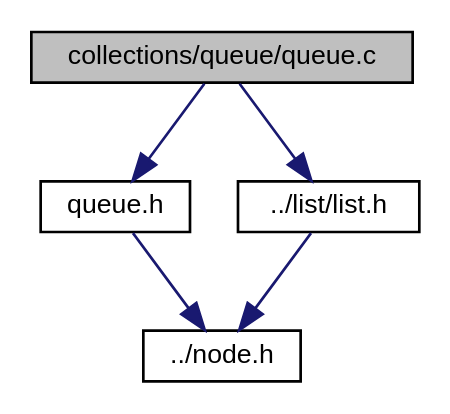
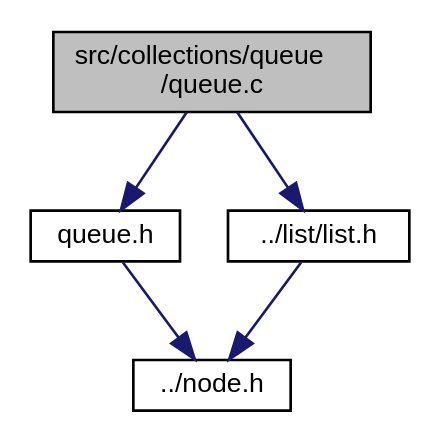
One commit to N1ghtF1re/C-Collections changed the diagram in docs/docspages/queue_8c__incl.dot. Above: the diagram before and after it, drawn with Graphviz. The commit also changed 174 other files, not shown here.

```diff
--- a/docs/docspages/queue_8c__incl.dot
+++ b/docs/docspages/queue_8c__incl.dot
@@ -1,13 +1,13 @@
-digraph "collections/queue/queue.c"
+digraph "src/collections/queue/queue.c"
 {
   edge [fontname="Helvetica",fontsize="10",labelfontname="Helvetica",labelfontsize="10"];
   node [fontname="Helvetica",fontsize="10",shape=record];
-  Node0 [label="collections/queue/queue.c",height=0.2,width=0.4,color="black", fillcolor="grey75", style="filled", fontcolor="black"];
+  Node0 [label="src/collections/queue\l/queue.c",height=0.2,width=0.4,color="black", fillcolor="grey75", style="filled", fontcolor="black"];
   Node0 -> Node1 [color="midnightblue",fontsize="10",style="solid",fontname="Helvetica"];
   Node1 [label="queue.h",height=0.2,width=0.4,color="black", fillcolor="white", style="filled",URL="$queue_8h.html",tooltip="File containing interface of Queue. "];
   Node1 -> Node2 [color="midnightblue",fontsize="10",style="solid",fontname="Helvetica"];
   Node2 [label="../node.h",height=0.2,width=0.4,color="black", fillcolor="white", style="filled",URL="$node_8h.html"];
   Node0 -> Node3 [color="midnightblue",fontsize="10",style="solid",fontname="Helvetica"];
   Node3 [label="../list/list.h",height=0.2,width=0.4,color="black", fillcolor="white", style="filled",URL="$list_8h.html",tooltip="File containing interface of List. "];
   Node3 -> Node2 [color="midnightblue",fontsize="10",style="solid",fontname="Helvetica"];
 }
```
